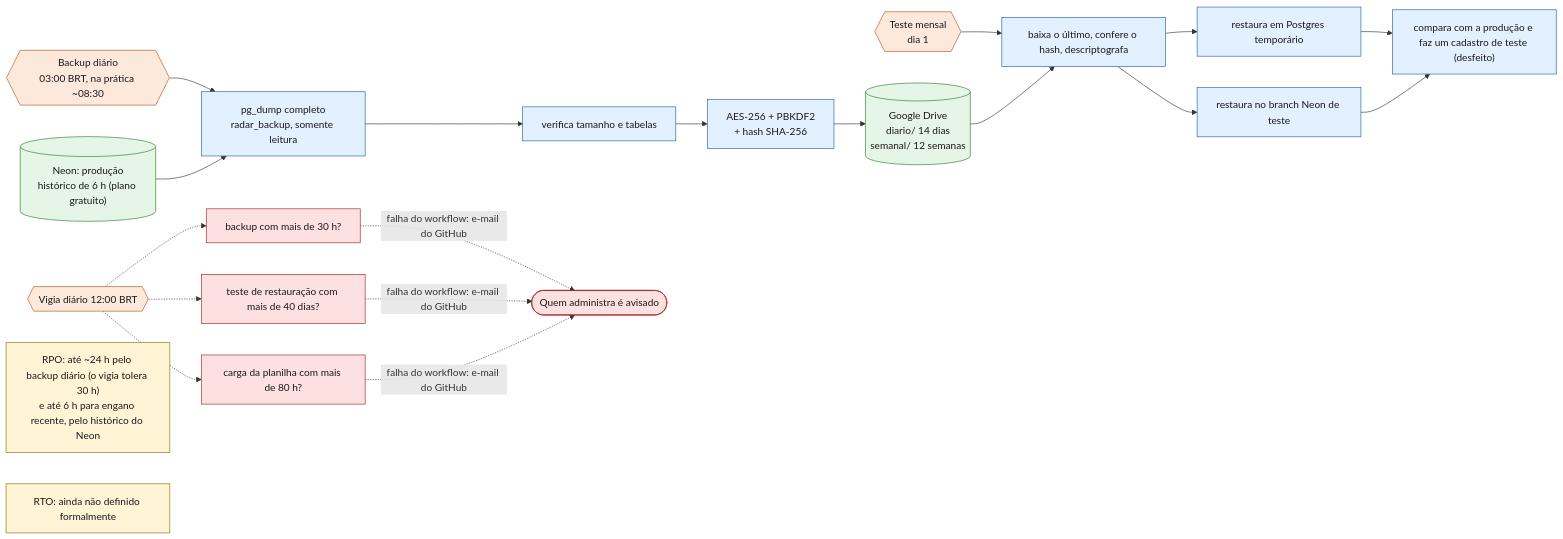
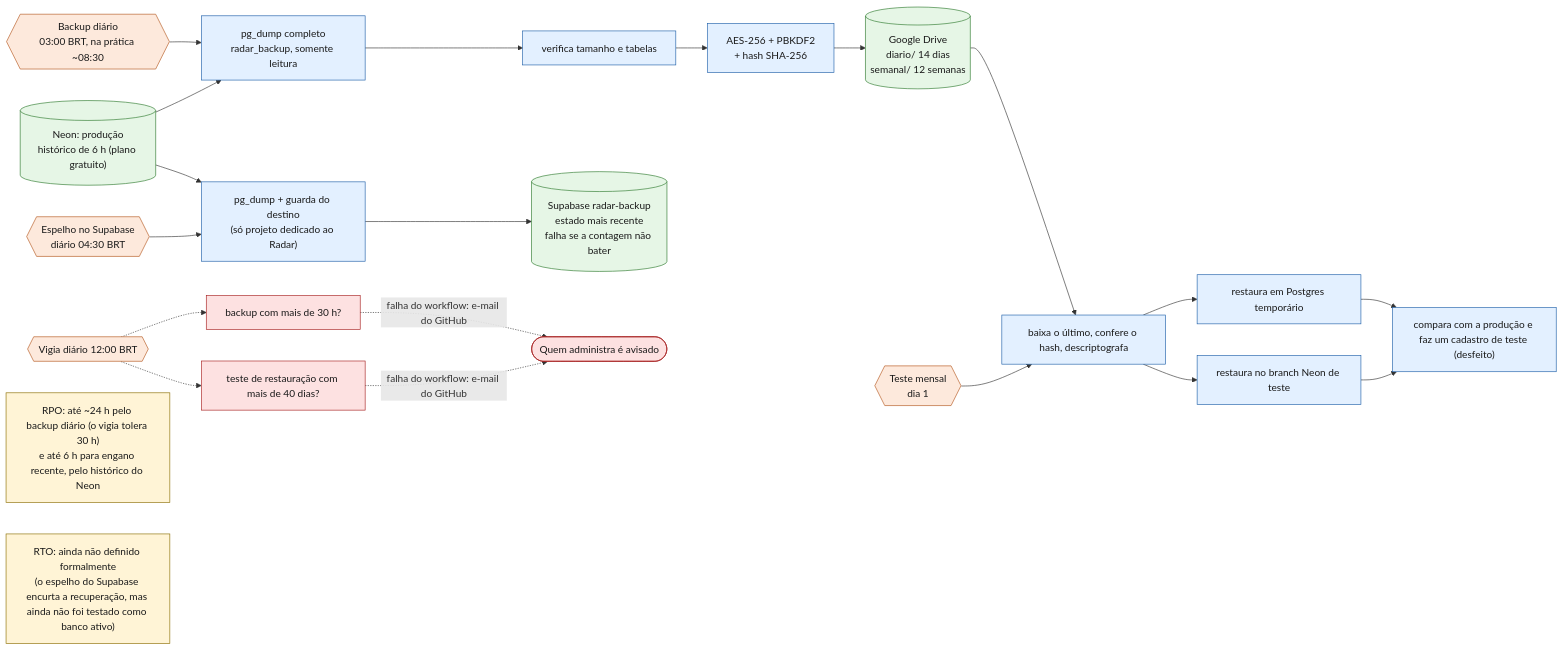
One commit to agentanalisedegoverno-svg/dashboard-metrics-team changed diagram 18 of 22 in docs/DIAGRAMAS.md. Above: the diagram before and after it, drawn with Mermaid. The commit also changed other lines of this file and 23 other files, not shown here.

Commit message:
docs: atualizar arquitetura, diagramas (D1 a D19, SVG) e documentos ao estado de 28/10/2026

````diff
--- a/docs/DIAGRAMAS.md
+++ b/docs/DIAGRAMAS.md
@@ -682,30 +672,33 @@
 ```mermaid
 flowchart LR
   classDef agenda fill:#fde9dc,stroke:#b4561d,color:#1a1a1a
   classDef dados fill:#e6f6e6,stroke:#2d7a2d,color:#1a1a1a
   classDef passo fill:#e3f0ff,stroke:#1f5fa8,color:#1a1a1a
   classDef alerta fill:#fde1e1,stroke:#a61f1f,color:#1a1a1a
   classDef meta fill:#fff4d6,stroke:#8a6d00,color:#1a1a1a
 
   DB[("Neon: produção<br/>histórico de 6 h (plano gratuito)")]:::dados
   BK{{"Backup diário<br/>03:00 BRT, na prática ~08:30"}}:::agenda --> DUMP["pg_dump completo<br/>radar_backup, somente leitura"]:::passo
   DB --> DUMP
   DUMP --> CHK["verifica tamanho e tabelas"]:::passo --> ENC["AES-256 + PBKDF2<br/>+ hash SHA-256"]:::passo
   ENC --> DR[("Google Drive<br/>diario/ 14 dias<br/>semanal/ 12 semanas")]:::dados
 
+  ESP{{"Espelho no Supabase<br/>diário 04:30 BRT"}}:::agenda --> DUMP2["pg_dump + guarda do destino<br/>(só projeto dedicado ao Radar)"]:::passo
+  DB --> DUMP2
+  DUMP2 --> SUPA[("Supabase radar-backup<br/>estado mais recente<br/>falha se a contagem não bater")]:::dados
+
   MES{{"Teste mensal<br/>dia 1"}}:::agenda --> DL["baixa o último, confere o hash, descriptografa"]:::passo
   DR --> DL
   DL --> R1["restaura em Postgres temporário"]:::passo
   DL --> R2["restaura no branch Neon de teste"]:::passo
   R1 --> CMP["compara com a produção e faz um cadastro de teste (desfeito)"]:::passo
   R2 --> CMP
 
   VIG{{"Vigia diário 12:00 BRT"}}:::agenda
   VIG -.-> A1["backup com mais de 30 h?"]:::alerta
   VIG -.-> A2["teste de restauração com mais de 40 dias?"]:::alerta
-  VIG -.-> A3["carga da planilha com mais de 80 h?"]:::alerta
-  A1 & A2 & A3 -.->|"falha do workflow: e-mail do GitHub"| N(["Quem administra é avisado"]):::alerta
+  A1 & A2 -.->|"falha do workflow: e-mail do GitHub"| N(["Quem administra é avisado"]):::alerta
 
   M1["RPO: até ~24 h pelo backup diário (o vigia tolera 30 h)<br/>e até 6 h para engano recente, pelo histórico do Neon"]:::meta
-  M2["RTO: ainda não definido formalmente"]:::meta
+  M2["RTO: ainda não definido formalmente<br/>(o espelho do Supabase encurta a recuperação, mas ainda não foi testado como banco ativo)"]:::meta
 ```
````
